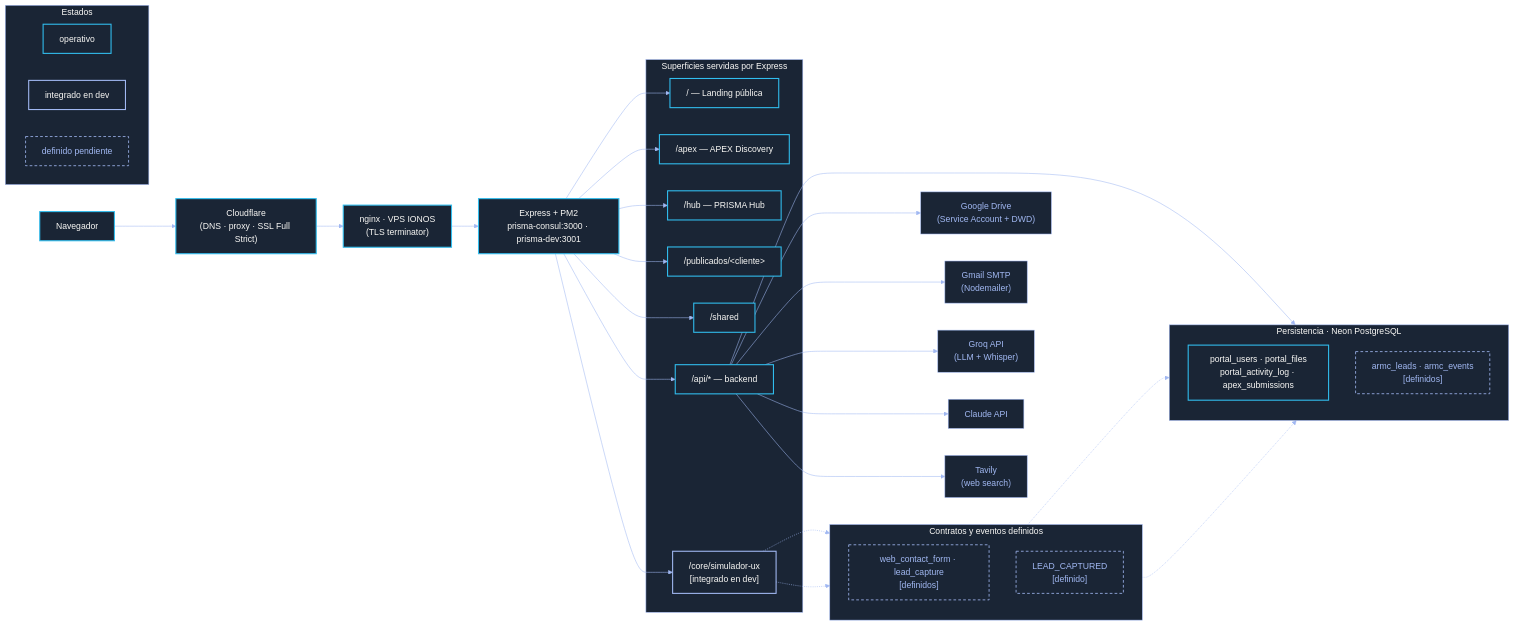
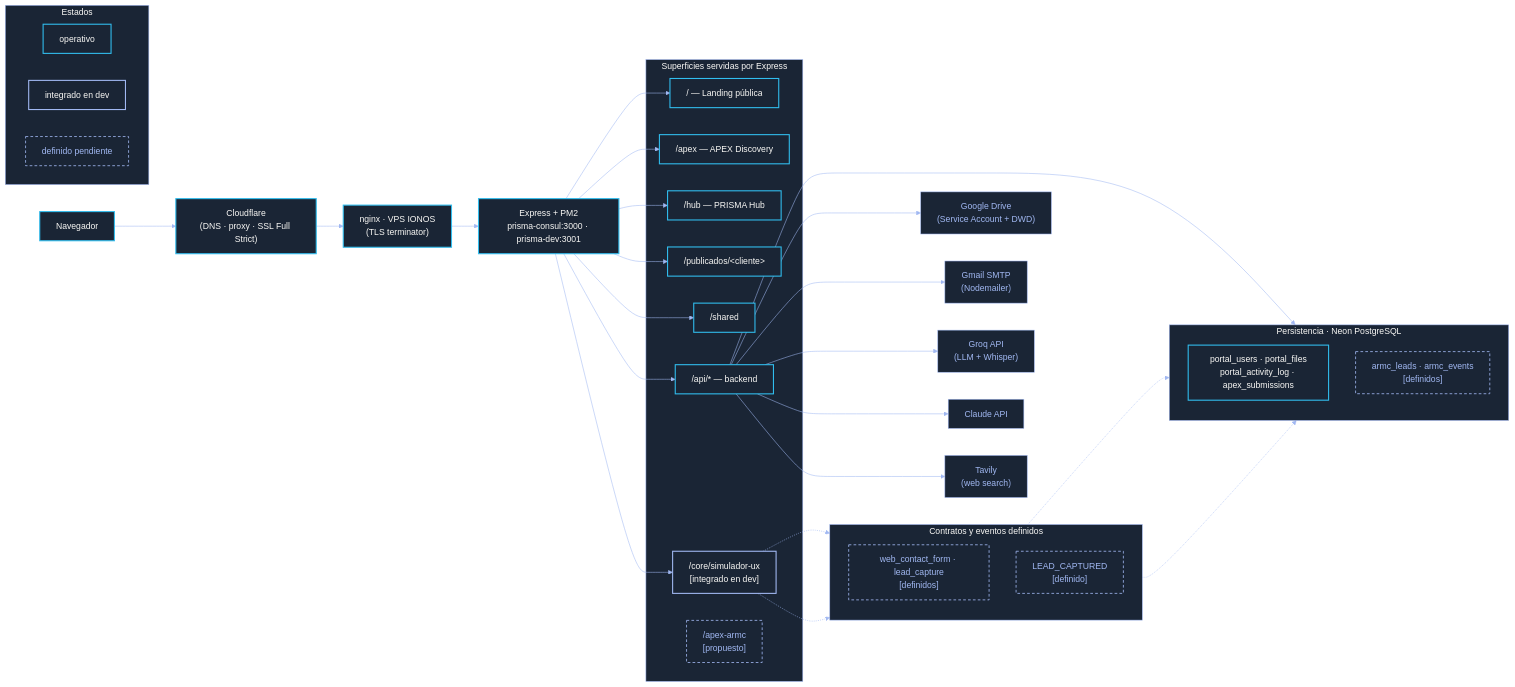
One commit to adminmc2/prisma_consul changed the diagram in docs/ARQUITECTURA.md. Above: the diagram before and after it, drawn with Mermaid. The commit also changed other lines of this file and 4 other files, not shown here.

First line of the commit message:
docs(arquitectura): incorporación de /apex-armc como superficie propuesta — v3.4.12

````diff
--- a/docs/ARQUITECTURA.md
+++ b/docs/ARQUITECTURA.md
@@ -57,70 +59,71 @@
 ```mermaid
 %%{init: {'theme':'base','themeVariables':{
   'background':'#101B2C',
   'primaryColor':'#1a2535',
   'primaryTextColor':'#FAF9F6',
   'primaryBorderColor':'#31BEEF',
   'secondaryColor':'#1a2535',
   'secondaryTextColor':'#A1B8F2',
   'secondaryBorderColor':'#A1B8F2',
   'tertiaryColor':'#1a2535',
   'tertiaryTextColor':'#FAF9F6',
   'tertiaryBorderColor':'#A1B8F2',
   'lineColor':'#A1B8F2',
   'fontFamily':'Quicksand, Source Sans 3, sans-serif'
 }}}%%
 flowchart LR
     classDef op       fill:#1a2535,stroke:#31BEEF,stroke-width:2px,color:#FAF9F6
     classDef dev      fill:#1a2535,stroke:#A1B8F2,stroke-width:2px,color:#FAF9F6
     classDef pending  fill:#1a2535,stroke:#A1B8F2,stroke-width:1.5px,stroke-dasharray:5 4,color:#A1B8F2
     classDef ext      fill:#1a2535,stroke:#A1B8F2,color:#A1B8F2
 
     Browser["Navegador"]:::op
     CF["Cloudflare<br/>(DNS · proxy · SSL Full Strict)"]:::op
     NGINX["nginx · VPS IONOS<br/>(TLS terminator)"]:::op
     EXPRESS["Express + PM2<br/>prisma-consul:3000 · prisma-dev:3001"]:::op
 
     subgraph SURFACES["Superficies servidas por Express"]
       ROOT["/ — Landing pública"]:::op
       APEX["/apex — APEX Discovery"]:::op
       HUB["/hub — PRISMA Hub"]:::op
       PUB["/publicados/&lt;cliente&gt;"]:::op
       SHARED["/shared"]:::op
       API["/api/* — backend"]:::op
       SIM["/core/simulador-ux<br/>[integrado en dev]"]:::dev
+      APEXARMC["/apex-armc<br/>[propuesto]"]:::pending
     end
 
     subgraph PERSIST["Persistencia · Neon PostgreSQL"]
       direction TB
       OPDB["portal_users · portal_files<br/>portal_activity_log · apex_submissions"]:::op
       DEFDB["armc_leads · armc_events<br/>[definidos]"]:::pending
     end
 
     subgraph CTR["Contratos y eventos definidos"]
       direction TB
       FORMS["web_contact_form · lead_capture<br/>[definidos]"]:::pending
       EVT["LEAD_CAPTURED<br/>[definido]"]:::pending
     end
 
     DRIVE["Google Drive<br/>(Service Account + DWD)"]:::ext
     GMAIL["Gmail SMTP<br/>(Nodemailer)"]:::ext
     GROQ["Groq API<br/>(LLM + Whisper)"]:::ext
     CLAUDEA["Claude API"]:::ext
     TAVILY["Tavily<br/>(web search)"]:::ext
 
     Browser --> CF --> NGINX --> EXPRESS
     EXPRESS --> ROOT & APEX & HUB & PUB & SHARED & API & SIM
     API --> OPDB
     API --> DRIVE & GMAIL & GROQ & CLAUDEA & TAVILY
     SIM -.-> FORMS
     SIM -.-> EVT
     FORMS -.-> DEFDB
     EVT -.-> DEFDB
 
     subgraph LEYENDA["Estados"]
       direction LR
       LOP["operativo"]:::op
       LDEV["integrado en dev"]:::dev
       LDEF["definido pendiente"]:::pending
     end
 ```
````
